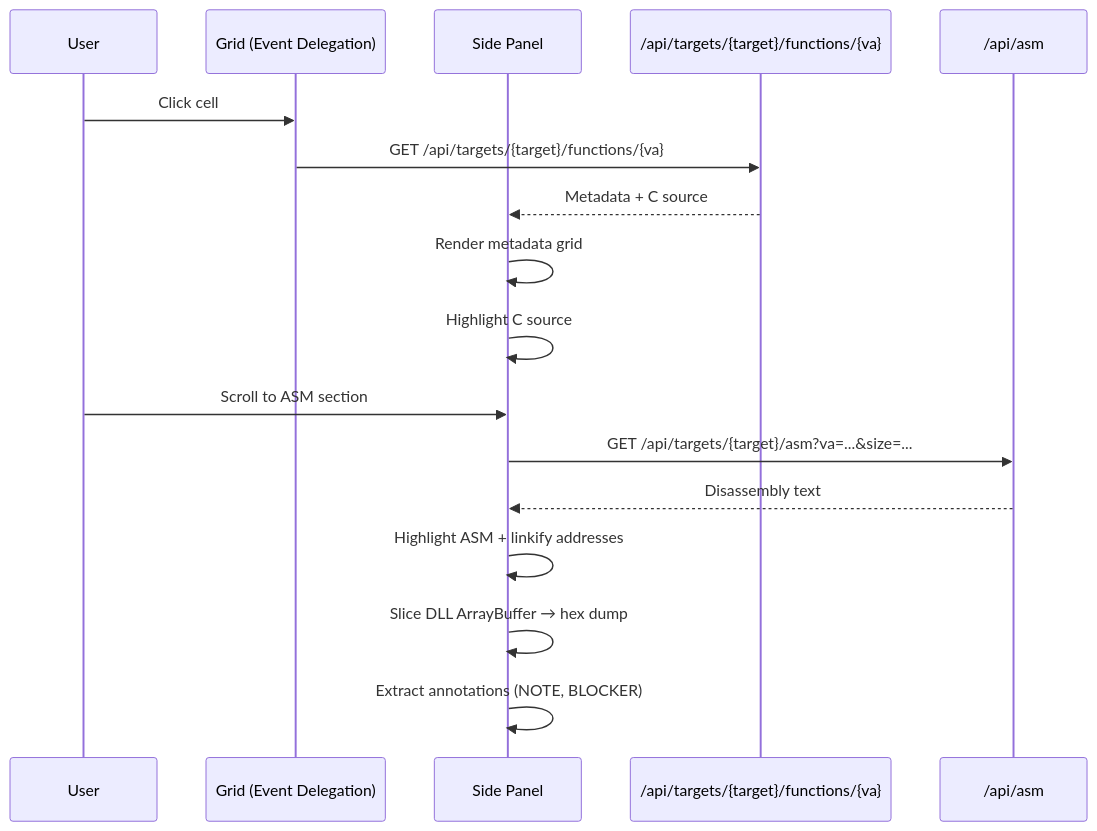
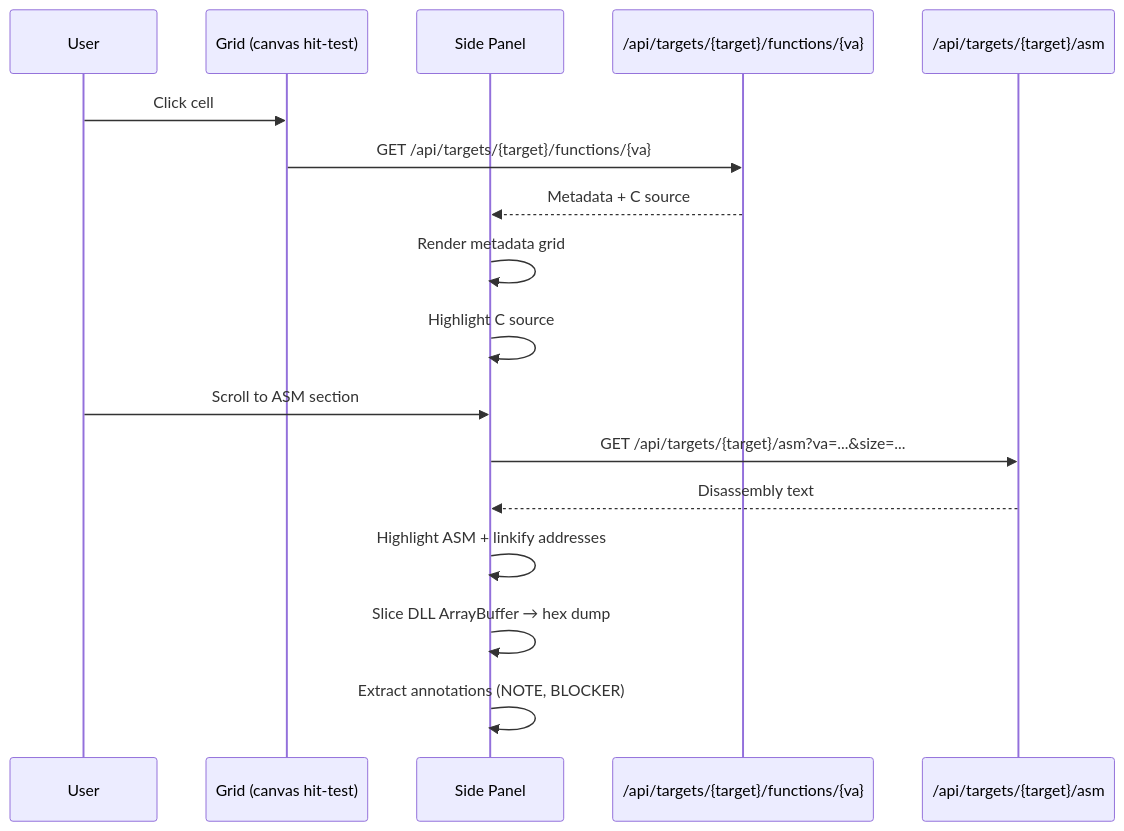
Before and after one commit to maci0/recoverage: the third of 17 diagrams in docs/USER_STORIES.md, drawn with Mermaid. The commit also changed other lines of this file and 4 other files, not shown here.

````diff
--- a/docs/USER_STORIES.md
+++ b/docs/USER_STORIES.md
@@ -90,22 +95,22 @@
 ```mermaid
 sequenceDiagram
     participant U as User
-    participant Grid as Grid (Event Delegation)
+    participant Grid as Grid (canvas hit-test)
     participant Panel as Side Panel
     participant API as /api/targets/{target}/functions/{va}
-    participant ASM as /api/asm
+    participant ASM as /api/targets/{target}/asm
 
     U->>Grid: Click cell
     Grid->>API: GET /api/targets/{target}/functions/{va}
     API-->>Panel: Metadata + C source
     Panel->>Panel: Render metadata grid
     Panel->>Panel: Highlight C source
 
     U->>Panel: Scroll to ASM section
     Panel->>ASM: GET /api/targets/{target}/asm?va=...&size=...
     ASM-->>Panel: Disassembly text
     Panel->>Panel: Highlight ASM + linkify addresses
 
     Panel->>Panel: Slice DLL ArrayBuffer → hex dump
     Panel->>Panel: Extract annotations (NOTE, BLOCKER)
 ```
````
